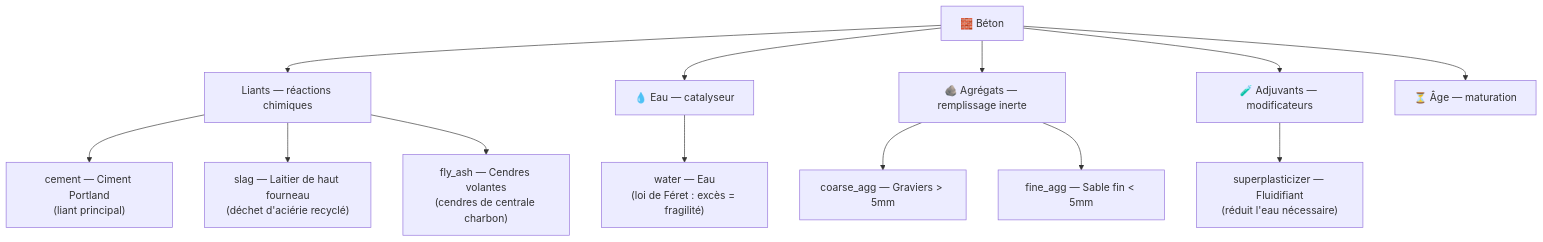
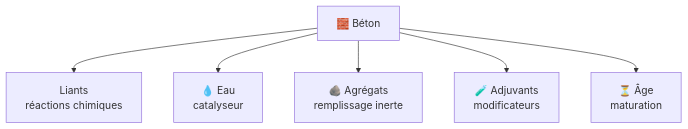
The first of 3 diagrams in docs/fiches/00_projet_dataset.md (arnvudl/Concrete_Compressive_Strength), drawn with Mermaid before and after one commit. The commit also changed other lines of this file and 10 other files, not shown here.

````diff
--- a/docs/fiches/00_projet_dataset.md
+++ b/docs/fiches/00_projet_dataset.md
@@ -43,19 +43,8 @@
 ```mermaid
 graph TD
-    BETON["🧱 Béton"] --> LIANT["Liants — réactions chimiques"]
-    BETON --> EAU["💧 Eau — catalyseur"]
-    BETON --> AGG["🪨 Agrégats — remplissage inerte"]
-    BETON --> ADJUVANT["🧪 Adjuvants — modificateurs"]
-    BETON --> AGE["⏳ Âge — maturation"]
-
-    LIANT --> CEMENT["cement — Ciment Portland\n(liant principal)"]
-    LIANT --> SLAG["slag — Laitier de haut fourneau\n(déchet d'aciérie recyclé)"]
-    LIANT --> FLYASH["fly_ash — Cendres volantes\n(cendres de centrale charbon)"]
-
-    EAU --> WATER["water — Eau\n(loi de Féret : excès = fragilité)"]
-
-    AGG --> COARSE["coarse_agg — Graviers > 5mm"]
-    AGG --> FINE["fine_agg — Sable fin < 5mm"]
-
-    ADJUVANT --> SP["superplasticizer — Fluidifiant\n(réduit l'eau nécessaire)"]
+    BETON["🧱 Béton"] --> LIANT["Liants<br/>réactions chimiques"]
+    BETON --> EAU["💧 Eau<br/>catalyseur"]
+    BETON --> AGG["🪨 Agrégats<br/>remplissage inerte"]
+    BETON --> ADJUVANT["🧪 Adjuvants<br/>modificateurs"]
+    BETON --> AGE["⏳ Âge<br/>maturation"]
 ```
````
